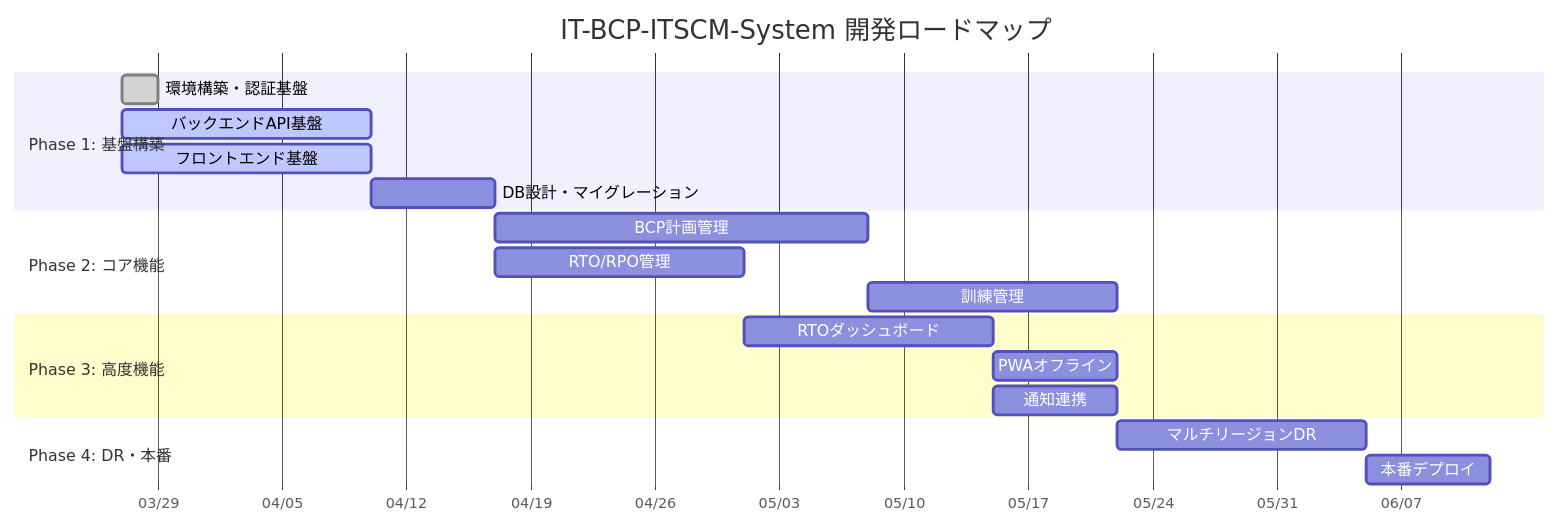
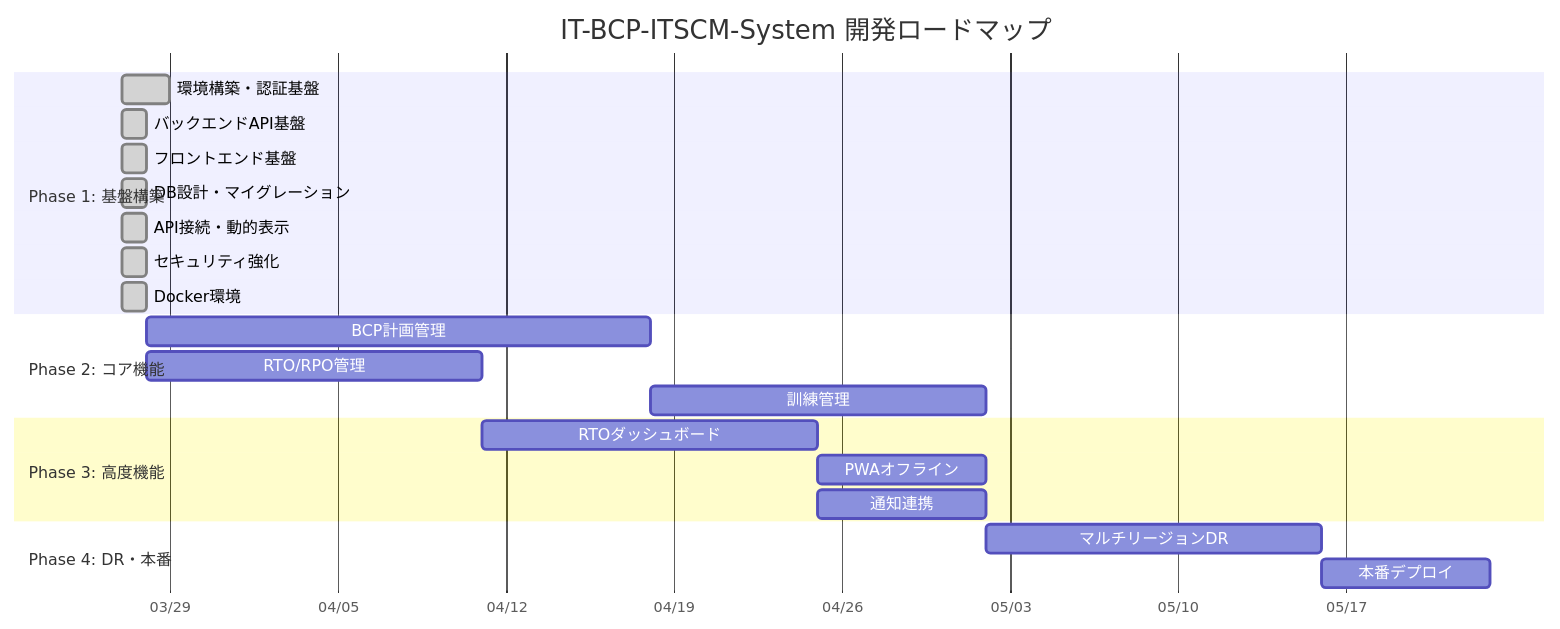
One commit to Kensan196948G/IT-BCP-ITSCM-System changed the second of 4 diagrams in README.md. Above: the diagram before and after it, drawn with Mermaid. The commit also changed other lines of this file, not shown here.

````diff
--- a/README.md
+++ b/README.md
@@ -168,26 +168,29 @@
 ```mermaid
 gantt
     title IT-BCP-ITSCM-System 開発ロードマップ
     dateFormat  YYYY-MM-DD
     axisFormat  %m/%d
 
     section Phase 1: 基盤構築
     環境構築・認証基盤         :done, p1a, 2026-03-27, 2d
-    バックエンドAPI基盤        :active, p1b, 2026-03-27, 14d
-    フロントエンド基盤         :active, p1c, 2026-03-27, 14d
-    DB設計・マイグレーション    :p1d, after p1b, 7d
+    バックエンドAPI基盤        :done, p1b, 2026-03-27, 1d
+    フロントエンド基盤         :done, p1c, 2026-03-27, 1d
+    DB設計・マイグレーション    :done, p1d, 2026-03-27, 1d
+    API接続・動的表示          :done, p1e, 2026-03-27, 1d
+    セキュリティ強化           :done, p1f, 2026-03-27, 1d
+    Docker環境                :done, p1g, 2026-03-27, 1d
 
     section Phase 2: コア機能
     BCP計画管理               :p2a, after p1d, 21d
     RTO/RPO管理               :p2b, after p1d, 14d
     訓練管理                  :p2c, after p2a, 14d
 
     section Phase 3: 高度機能
     RTOダッシュボード          :p3a, after p2b, 14d
     PWAオフライン             :p3b, after p3a, 7d
     通知連携                  :p3c, after p3a, 7d
 
     section Phase 4: DR・本番
     マルチリージョンDR         :p4a, after p3b, 14d
     本番デプロイ              :p4b, after p4a, 7d
 ```
````
